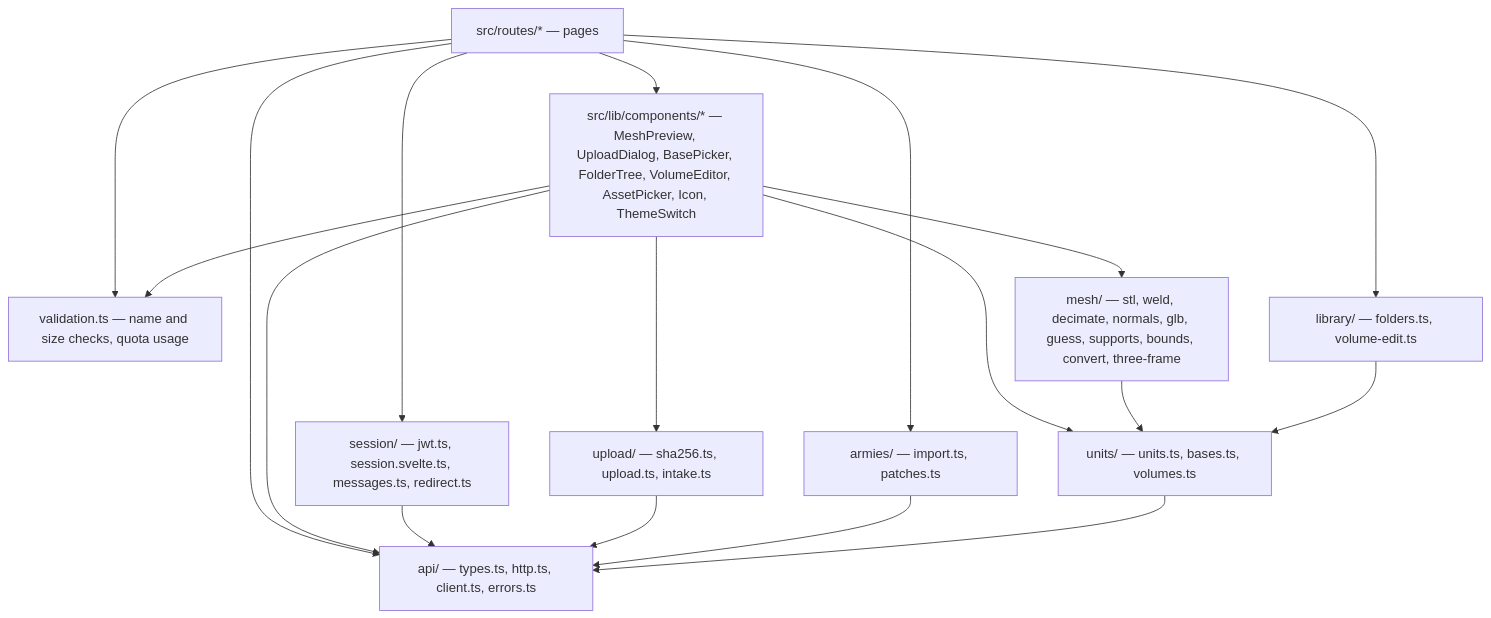
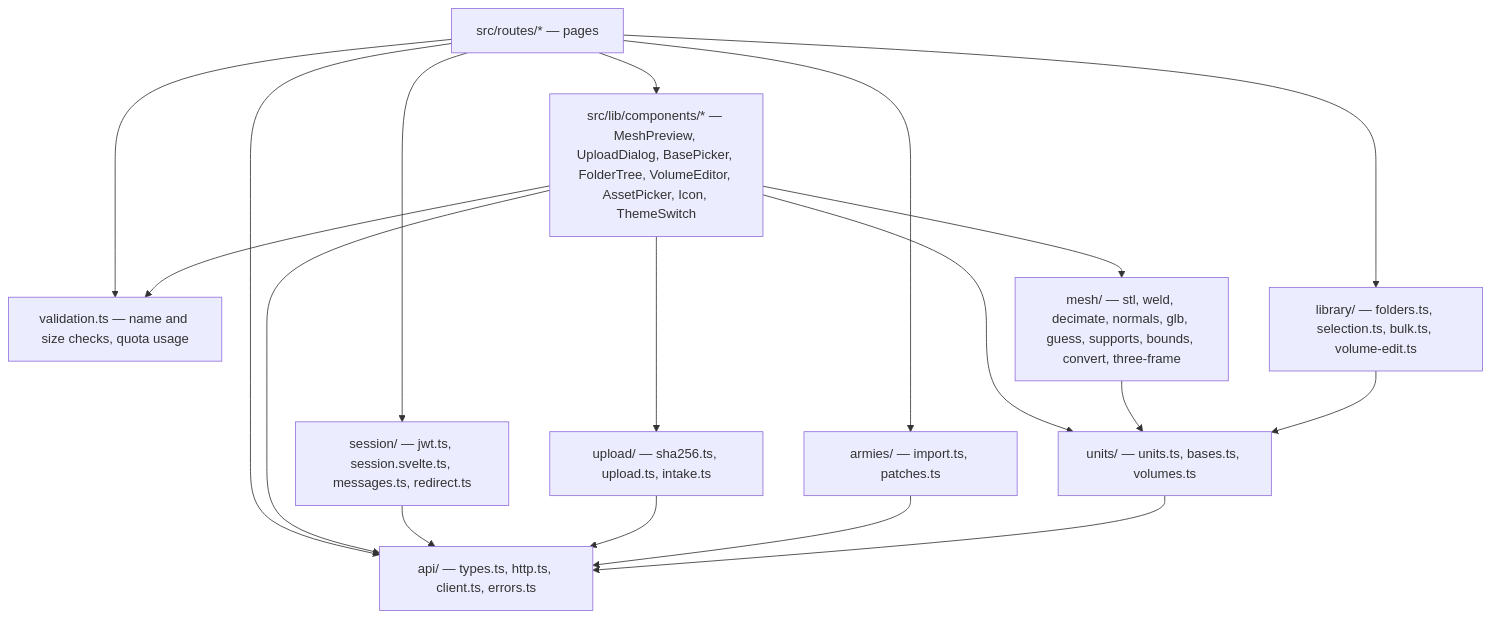
Before and after one commit to cstupi/tabletop: the third of 13 diagrams in docs/design/web-app/design.md, drawn with Mermaid. The commit also changed other lines of this file and 10 other files, not shown here.

````diff
--- a/docs/design/web-app/design.md
+++ b/docs/design/web-app/design.md
@@ -178,31 +178,31 @@
 ```mermaid
 graph TD
     Routes["src/routes/* — pages"]
     Comps["src/lib/components/* — MeshPreview, UploadDialog, BasePicker, FolderTree, VolumeEditor, AssetPicker, Icon, ThemeSwitch"]
     Sess["session/ — jwt.ts, session.svelte.ts, messages.ts, redirect.ts"]
     Api["api/ — types.ts, http.ts, client.ts, errors.ts"]
     Valid["validation.ts — name and size checks, quota usage"]
     Units["units/ — units.ts, bases.ts, volumes.ts"]
     Mesh["mesh/ — stl, weld, decimate, normals, glb, guess, supports, bounds, convert, three-frame"]
     Upload["upload/ — sha256.ts, upload.ts, intake.ts"]
-    LibMod["library/ — folders.ts, volume-edit.ts"]
+    LibMod["library/ — folders.ts, selection.ts, bulk.ts, volume-edit.ts"]
     Armies["armies/ — import.ts, patches.ts"]
 
     Routes --> Comps
     Routes --> Sess
     Routes --> Api
     Routes --> LibMod
     Routes --> Armies
     Routes --> Valid
     Comps --> Valid
     Comps --> Mesh
     Comps --> Upload
     Comps --> Units
     Comps --> Api
     Sess --> Api
     Upload --> Api
     Mesh --> Units
     LibMod --> Units
     Armies --> Api
     Units --> Api
 ```
````
